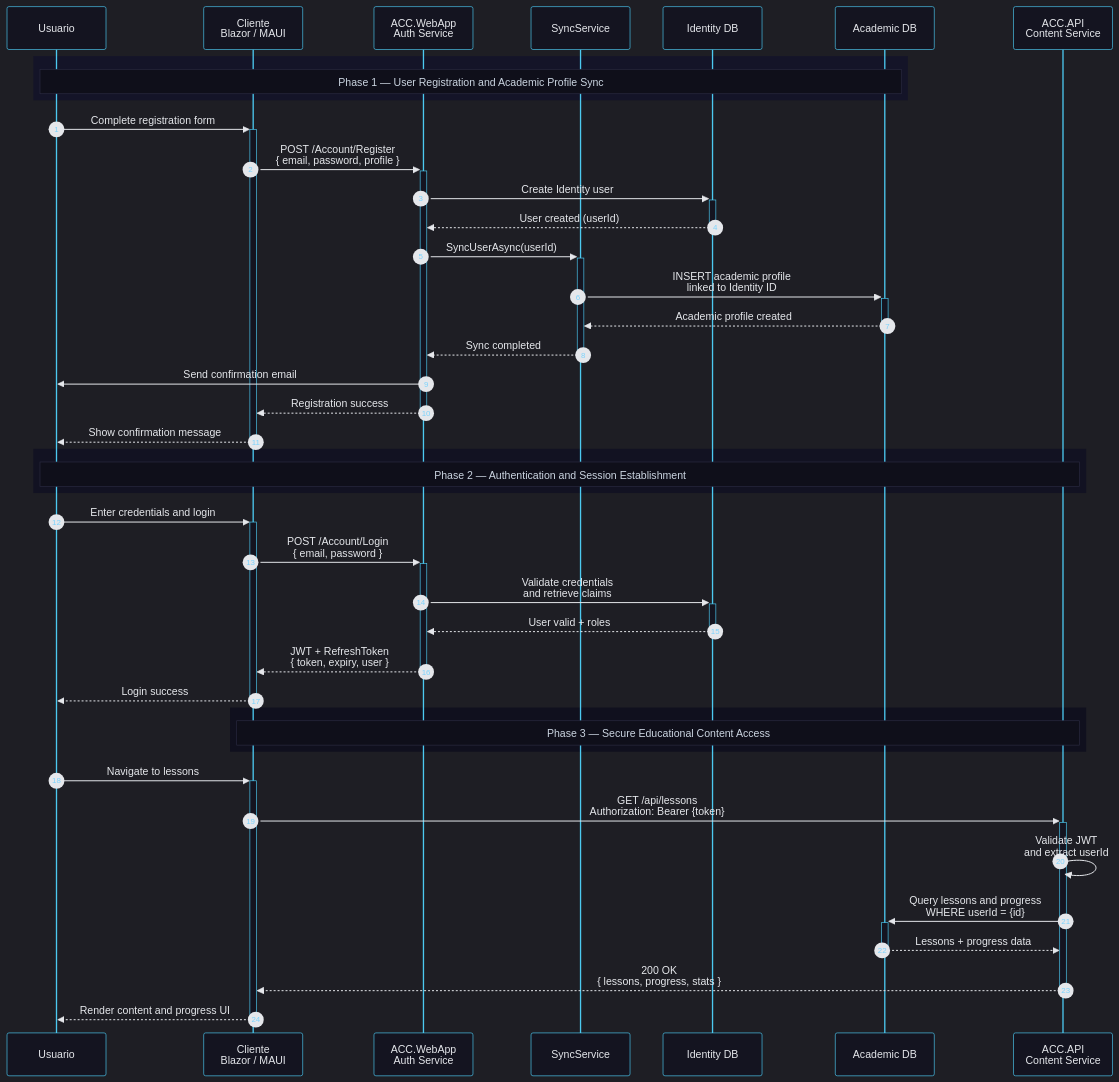
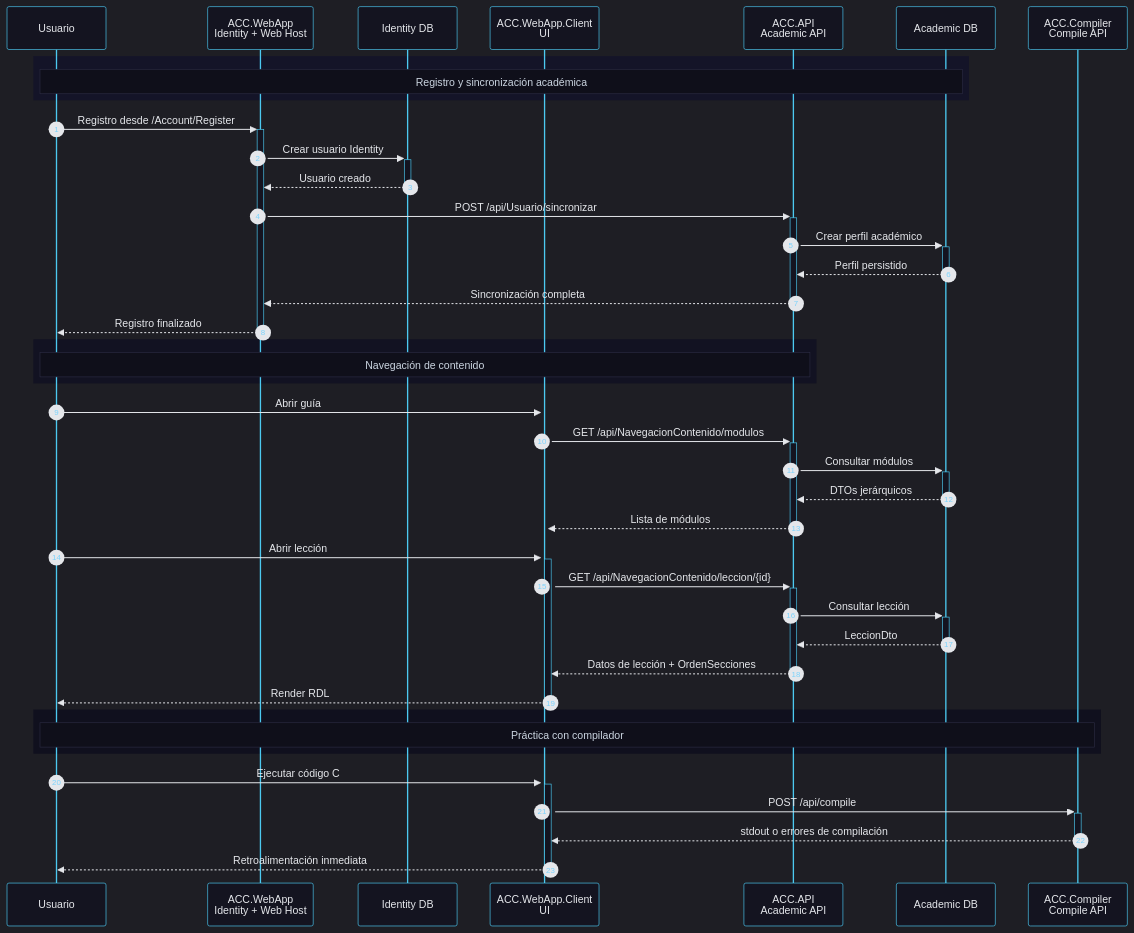
Before and after one commit to germann-ux/ACC-Complex: the second of 2 diagrams in README.md, drawn with Mermaid. The commit also changed other lines of this file and 26 other files, not shown here.

````diff
--- a/README.md
+++ b/README.md
@@ -338,59 +348,51 @@
     autonumber
 
     participant U as Usuario
-    participant C as Cliente<br/>Blazor / MAUI
-    participant A as ACC.WebApp<br/>Auth Service
-    participant S as SyncService
+    participant W as ACC.WebApp<br/>Identity + Web Host
     participant IdDB as Identity DB
+    participant C as ACC.WebApp.Client<br/>UI
+    participant A as ACC.API<br/>Academic API
     participant AcDB as Academic DB
-    participant E as ACC.API<br/>Content Service
+    participant X as ACC.Compiler<br/>Compile API
 
     rect rgb(20,20,40)
-    Note over U,AcDB: Phase 1 — User Registration and Academic Profile Sync
+    Note over U,AcDB: Registro y sincronización académica
     end
 
-    U->>+C: Complete registration form
-    C->>+A: POST /Account/Register<br/>{ email, password, profile }
+    U->>+W: Registro desde /Account/Register
+    W->>+IdDB: Crear usuario Identity
+    IdDB-->>-W: Usuario creado
 
-    A->>+IdDB: Create Identity user
-    IdDB-->>-A: User created (userId)
-
-    A->>+S: SyncUserAsync(userId)
-    S->>+AcDB: INSERT academic profile<br/>linked to Identity ID
-    AcDB-->>-S: Academic profile created
-    S-->>-A: Sync completed
-
-    A->>U: Send confirmation email
-    A-->>-C: Registration success
-    C-->>-U: Show confirmation message
+    W->>+A: POST /api/Usuario/sincronizar
+    A->>+AcDB: Crear perfil académico
+    AcDB-->>-A: Perfil persistido
+    A-->>-W: Sincronización completa
+    W-->>-U: Registro finalizado
 
 
     rect rgb(18,18,34)
-    Note over U,E: Phase 2 — Authentication and Session Establishment
+    Note over U,A: Navegación de contenido
     end
 
-    U->>+C: Enter credentials and login
-    C->>+A: POST /Account/Login<br/>{ email, password }
+    U->>+C: Abrir guía
+    C->>+A: GET /api/NavegacionContenido/modulos
+    A->>+AcDB: Consultar módulos
+    AcDB-->>-A: DTOs jerárquicos
+    A-->>-C: Lista de módulos
 
-    A->>+IdDB: Validate credentials<br/>and retrieve claims
-    IdDB-->>-A: User valid + roles
-
-    A-->>-C: JWT + RefreshToken<br/>{ token, expiry, user }
-    C-->>-U: Login success
-
+    U->>+C: Abrir lección
+    C->>+A: GET /api/NavegacionContenido/leccion/{id}
+    A->>+AcDB: Consultar lección
+    AcDB-->>-A: LeccionDto
+    A-->>-C: Datos de lección + OrdenSecciones
+    C-->>-U: Render RDL
 
     rect rgb(16,16,30)
-    Note over C,E: Phase 3 — Secure Educational Content Access
+    Note over U,X: Práctica con compilador
     end
 
-    U->>+C: Navigate to lessons
-    C->>+E: GET /api/lessons<br/>Authorization: Bearer {token}
-
-    E->>E: Validate JWT<br/>and extract userId
-
-    E->>+AcDB: Query lessons and progress<br/>WHERE userId = {id}
-    AcDB-->>-E: Lessons + progress data
-
-    E-->>-C: 200 OK<br/>{ lessons, progress, stats }
-    C-->>-U: Render content and progress UI
+    U->>+C: Ejecutar código C#
+    C->>+X: POST /api/compile
+    X-->>-C: stdout o errores de compilación
+    C-->>-U: Retroalimentación inmediata
 ```
````
